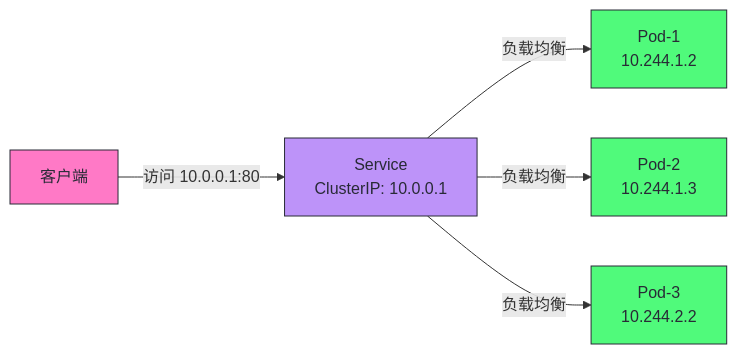
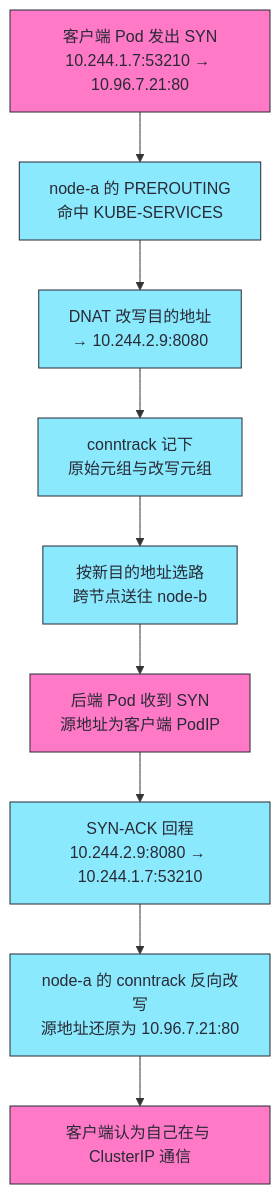
The third of 4 diagrams in content/云原生/Kubernetes/Kubernetes架构深度剖析/14 Service 与 kube-proxy：iptables IPVS eBPF 数据面演进.md (hpliStartAgain/my-brain), drawn with Mermaid before and after one commit. The commit also changed other lines of this file and 259 other files, not shown here.

````diff
--- a/content/云原生/Kubernetes/Kubernetes架构深度剖析/14 Service 与 kube-proxy：iptables IPVS eBPF 数据面演进.md
+++ b/content/云原生/Kubernetes/Kubernetes架构深度剖析/14 Service 与 kube-proxy：iptables IPVS eBPF 数据面演进.md
@@ -56,17 +385,18 @@
 ```mermaid
 %%{init: {'theme': 'dracula'}}%%
-graph LR
-    Client["客户端"] -->|"访问 10.0.0.1:80"| SVC["Service<br/>ClusterIP: 10.0.0.1"]
-    SVC -->|"负载均衡"| P1["Pod-1<br/>10.244.1.2"]
-    SVC -->|"负载均衡"| P2["Pod-2<br/>10.244.1.3"]
-    SVC -->|"负载均衡"| P3["Pod-3<br/>10.244.2.2"]
+graph TD
+    A["客户端 Pod 发出 SYN<br/>10.244.1.7:53210 → 10.96.7.21:80"] --> B["node-a 的 PREROUTING<br/>命中 KUBE-SERVICES"]
+    B --> C["DNAT 改写目的地址<br/>→ 10.244.2.9:8080"]
+    C --> D["conntrack 记下<br/>原始元组与改写元组"]
+    D --> E["按新目的地址选路<br/>跨节点送往 node-b"]
+    E --> F["后端 Pod 收到 SYN<br/>源地址为客户端 PodIP"]
+    F --> G["SYN-ACK 回程<br/>10.244.2.9:8080 → 10.244.1.7:53210"]
+    G --> H["node-a 的 conntrack 反向改写<br/>源地址还原为 10.96.7.21:80"]
+    H --> I["客户端认为自己在与 ClusterIP 通信"]
 
-    classDef client fill:#ff79c6,stroke:#282a36,color:#282a36
-    classDef svc fill:#bd93f9,stroke:#282a36,color:#282a36
-    classDef pod fill:#50fa7b,stroke:#282a36,color:#282a36
-    class Client client
-    class SVC svc
-    class P1 pod
-    class P2 pod
-    class P3 pod
+    classDef c fill:#ff79c6,stroke:#282a36,color:#282a36
+    classDef n fill:#8be9fd,stroke:#282a36,color:#282a36
+    classDef ok fill:#50fa7b,stroke:#282a36,color:#282a36
+    class A,F,I c
+    class B,C,D,E,G,H n
 ```
````
